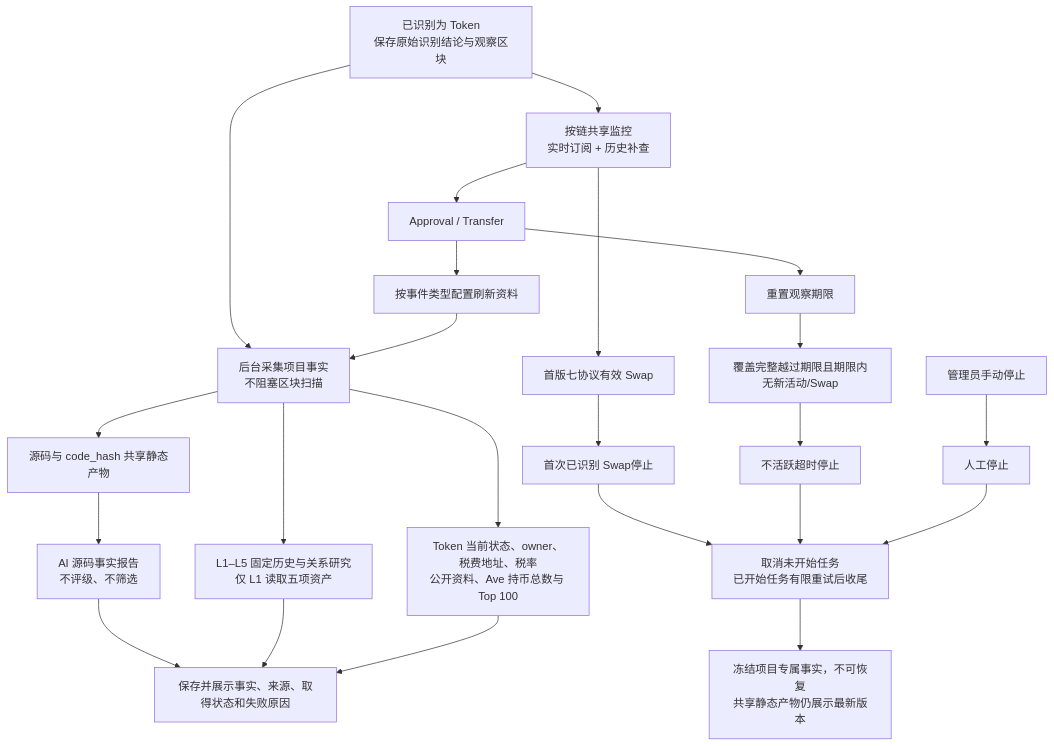
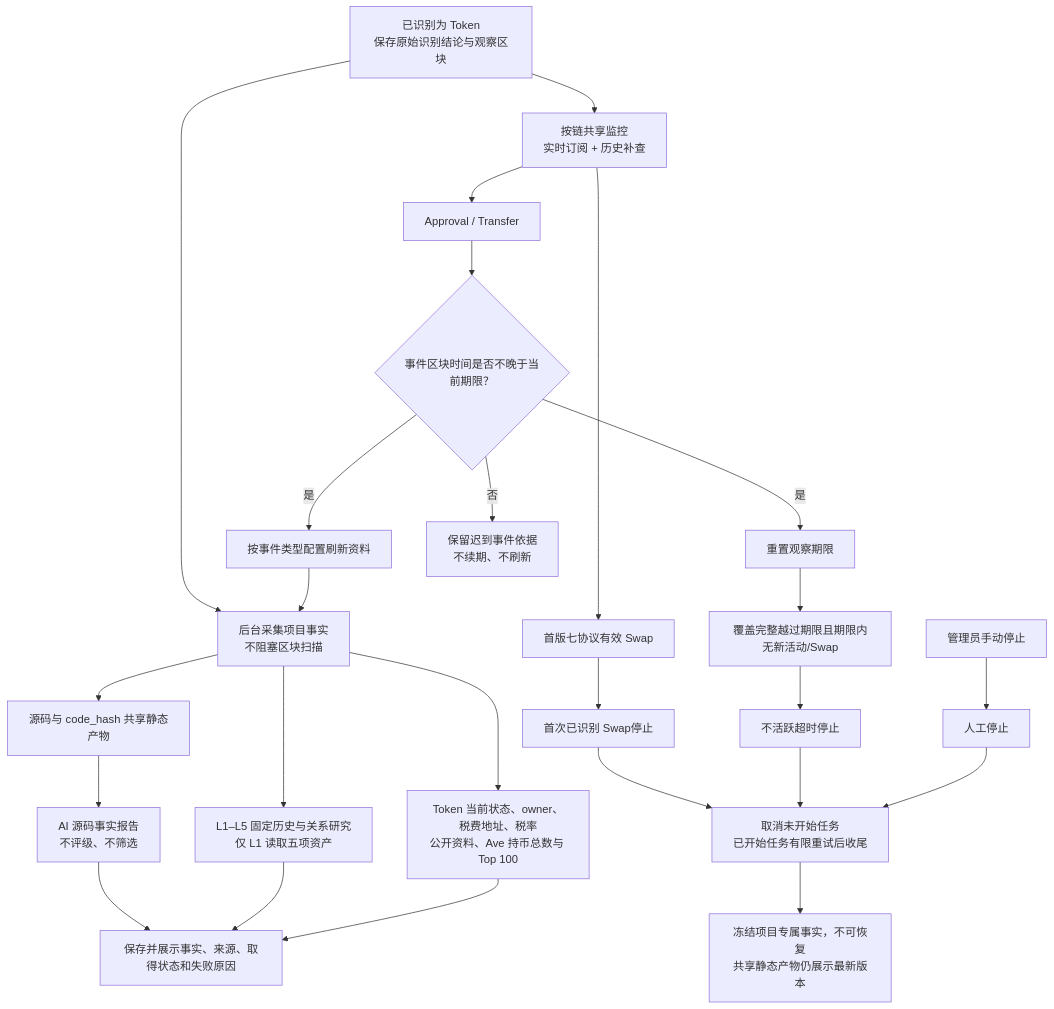
One commit to useryege/athena-o changed the diagram in docs/requirements/token/token-research-flow.md. Above: the diagram before and after it, drawn with Mermaid. The commit also changed other lines of this file and 16 other files, not shown here.

````diff
--- a/docs/requirements/token/token-research-flow.md
+++ b/docs/requirements/token/token-research-flow.md
@@ -11,27 +11,29 @@
 ```mermaid
 flowchart TD
     token["已识别为 Token<br/>保存原始识别结论与观察区块"] --> materials["后台采集项目事实<br/>不阻塞区块扫描"]
     materials --> source["源码与 code_hash 共享静态产物"]
     source --> report["AI 源码事实报告<br/>不评级、不筛选"]
     materials --> wallets["L1–L5 固定历史与关系研究<br/>仅 L1 读取五项资产"]
     materials --> others["Token 当前状态、owner、税费地址、税率<br/>公开资料、Ave 持币总数与 Top 100"]
     report --> display["保存并展示事实、来源、取得状态和失败原因"]
     wallets --> display
     others --> display
 
     token --> monitor["按链共享监控<br/>实时订阅 + 历史补查"]
     monitor --> activity["Approval / Transfer"]
-    activity --> renew["重置观察期限"]
-    activity --> refresh["按事件类型配置刷新资料"]
+    activity --> activityEligible{"事件区块时间是否不晚于当前期限？"}
+    activityEligible -->|是| renew["重置观察期限"]
+    activityEligible -->|是| refresh["按事件类型配置刷新资料"]
+    activityEligible -->|否| late["保留迟到事件依据<br/>不续期、不刷新"]
     refresh --> materials
     monitor --> swap["首版七协议有效 Swap"]
     swap --> stopSwap["首次已识别 Swap停止"]
     renew --> expiry["覆盖完整越过期限且期限内无新活动/Swap"]
     expiry --> stopTimeout["不活跃超时停止"]
     admin["管理员手动停止"] --> stopManual["人工停止"]
 
     stopSwap --> settle["取消未开始任务<br/>已开始任务有限重试后收尾"]
     stopTimeout --> settle
     stopManual --> settle
     settle --> freeze["冻结项目专属事实，不可恢复<br/>共享静态产物仍展示最新版本"]
 ```
````
